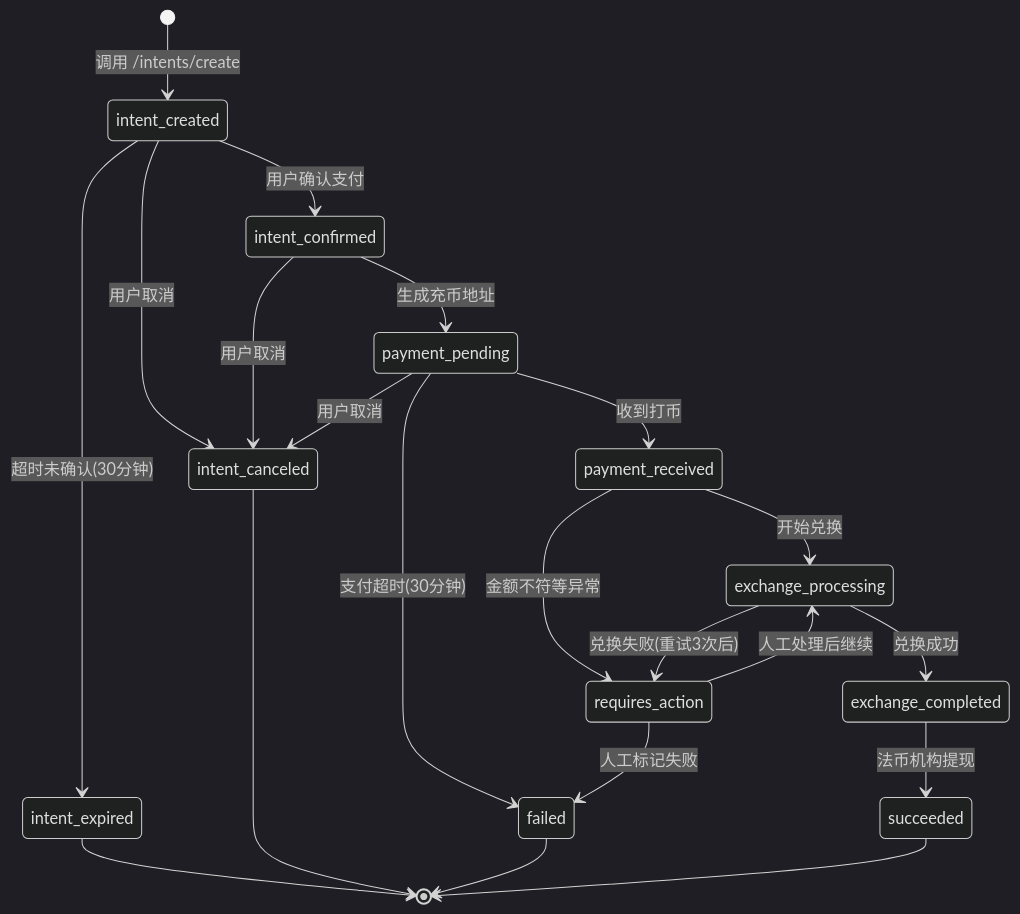
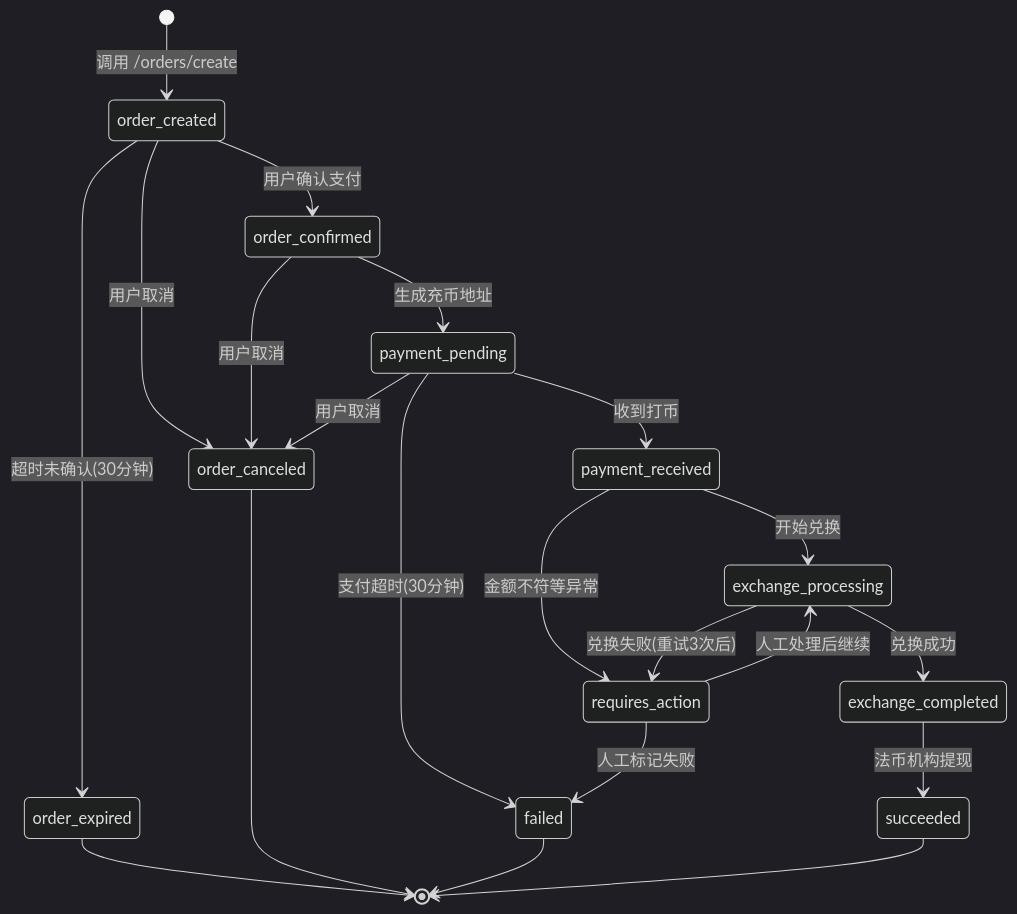
One commit to boluov/mydocs changed the fifth of 7 diagrams in offramp_prd_intent_full.md. Above: the diagram before and after it, drawn with Mermaid (dark theme). The commit also changed other lines of this file, not shown here.

````diff
--- a/offramp_prd_intent_full.md
+++ b/offramp_prd_intent_full.md
@@ -508,31 +508,31 @@
 ```mermaid
 stateDiagram-v2
-    [*] --> intent_created: 调用 /intents/create
+    [*] --> order_created: 调用 /orders/create
     
-    intent_created --> intent_confirmed: 用户确认支付
-    intent_created --> intent_expired: 超时未确认(30分钟)
-    intent_created --> intent_canceled: 用户取消
+    order_created --> order_confirmed: 用户确认支付
+    order_created --> order_expired: 超时未确认(30分钟)
+    order_created --> order_canceled: 用户取消
     
-    intent_confirmed --> payment_pending: 生成充币地址
-    intent_confirmed --> intent_canceled: 用户取消
+    order_confirmed --> payment_pending: 生成充币地址
+    order_confirmed --> order_canceled: 用户取消
     
     payment_pending --> payment_received: 收到打币
     payment_pending --> failed: 支付超时(30分钟)
-    payment_pending --> intent_canceled: 用户取消
+    payment_pending --> order_canceled: 用户取消
     
     payment_received --> exchange_processing: 开始兑换
     payment_received --> requires_action: 金额不符等异常
     
     exchange_processing --> exchange_completed: 兑换成功  
     exchange_processing --> requires_action: 兑换失败(重试3次后)
     
     exchange_completed --> succeeded: 法币机构提现
     
     requires_action --> exchange_processing: 人工处理后继续
     requires_action --> failed: 人工标记失败
     
-    intent_expired --> [*]
-    intent_canceled --> [*]
+    order_expired --> [*]
+    order_canceled --> [*]
     failed --> [*]
     succeeded --> [*]
 ```
````
